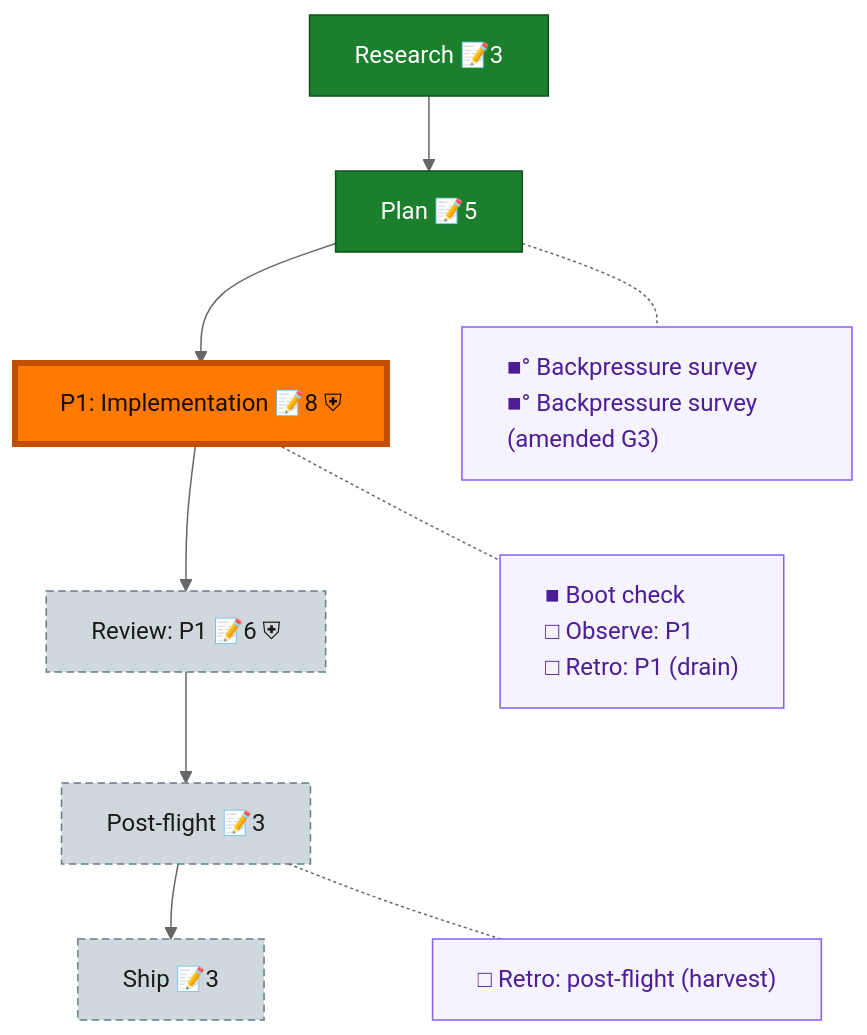
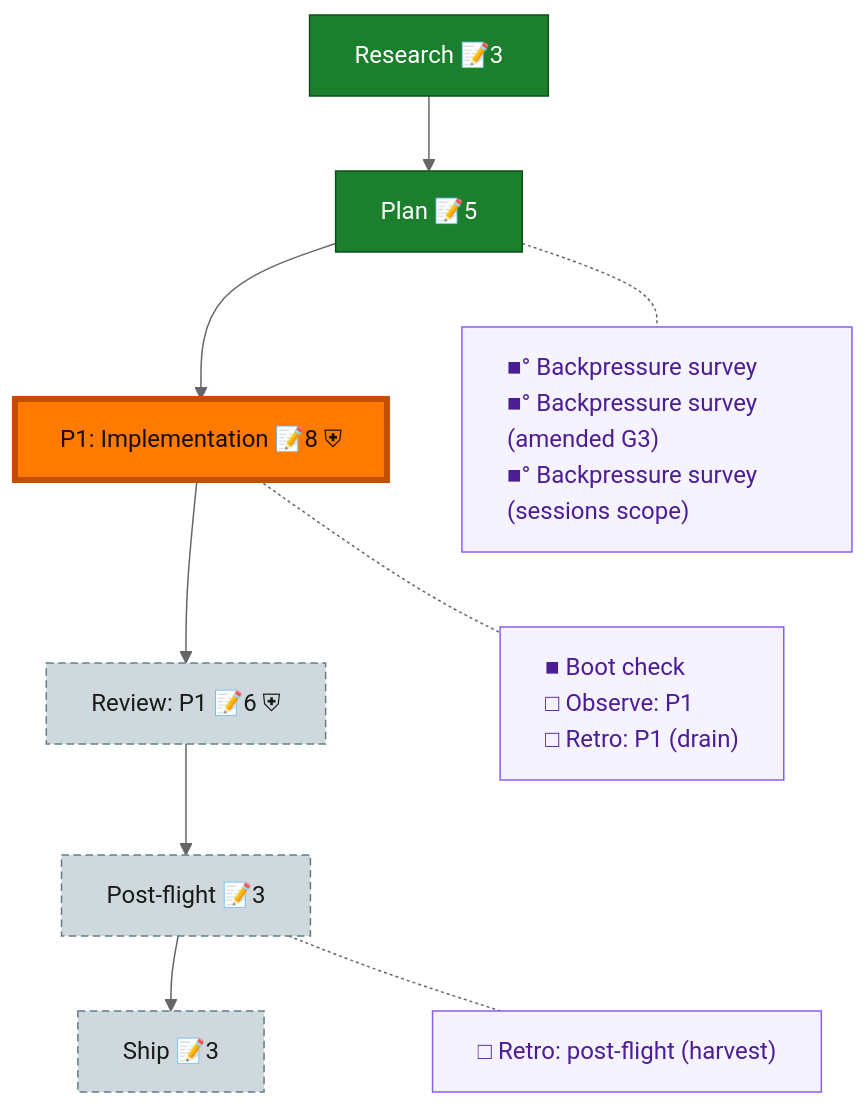
The diagram in docs/plans/128-seat-session-identity/the-flow.md (vaughanknight/pij), drawn with Mermaid (neutral theme) before and after one commit. The commit also changed other lines of this file and 2 other files, not shown here.

Commit message:
plan(128): refresh sessions scope proof

````diff
--- a/docs/plans/128-seat-session-identity/the-flow.md
+++ b/docs/plans/128-seat-session-identity/the-flow.md
@@ -8,30 +8,30 @@
 ```mermaid
 flowchart TD
     research["Research 📝3"]:::done
     plan["Plan 📝5"]:::done
     phase_1["P1: Implementation 📝8 ⛨"]:::wip
     review_1["Review: P1 📝6 ⛨"]:::assumed
     post_flight["Post-flight 📝3"]:::assumed
     ship["Ship 📝3"]:::assumed
 
     research --> plan --> phase_1 --> review_1 --> post_flight --> ship
 
-    planC["■° Backpressure survey<br/>■° Backpressure survey (amended G3)"]:::chore
+    planC["■° Backpressure survey<br/>■° Backpressure survey (amended G3)<br/>■° Backpressure survey (sessions scope)"]:::chore
     phase_1C["■ Boot check<br/>□ Observe: P1<br/>□ Retro: P1 (drain)"]:::chore
     post_flightC["□ Retro: post-flight (harvest)"]:::chore
 
     %% invisible chain holds the gutter boxes in their own column
     planC ~~~ phase_1C ~~~ post_flightC
 
     %% dotted links pull each gutter box beside its node
     plan -.- planC
     phase_1 -.- phase_1C
     post_flight -.- post_flightC
 
     classDef done fill:#1B7F2E,stroke:#0F4F1B,color:#fff;
     classDef wip fill:#43C04A,stroke:#1B7F2E,color:#04210A;
     classDef assumed fill:#CFD8DC,stroke:#607D8B,color:#1a1a1a,stroke-dasharray:5 3;
     classDef chore fill:#f5f3ff,stroke:#8b5cf6,color:#4c1d95,text-align:left;
     classDef current fill:#FF7A00,stroke:#C24E00,color:#1a0e00,stroke-width:4px;
     class phase_1 current;
 ```
````
